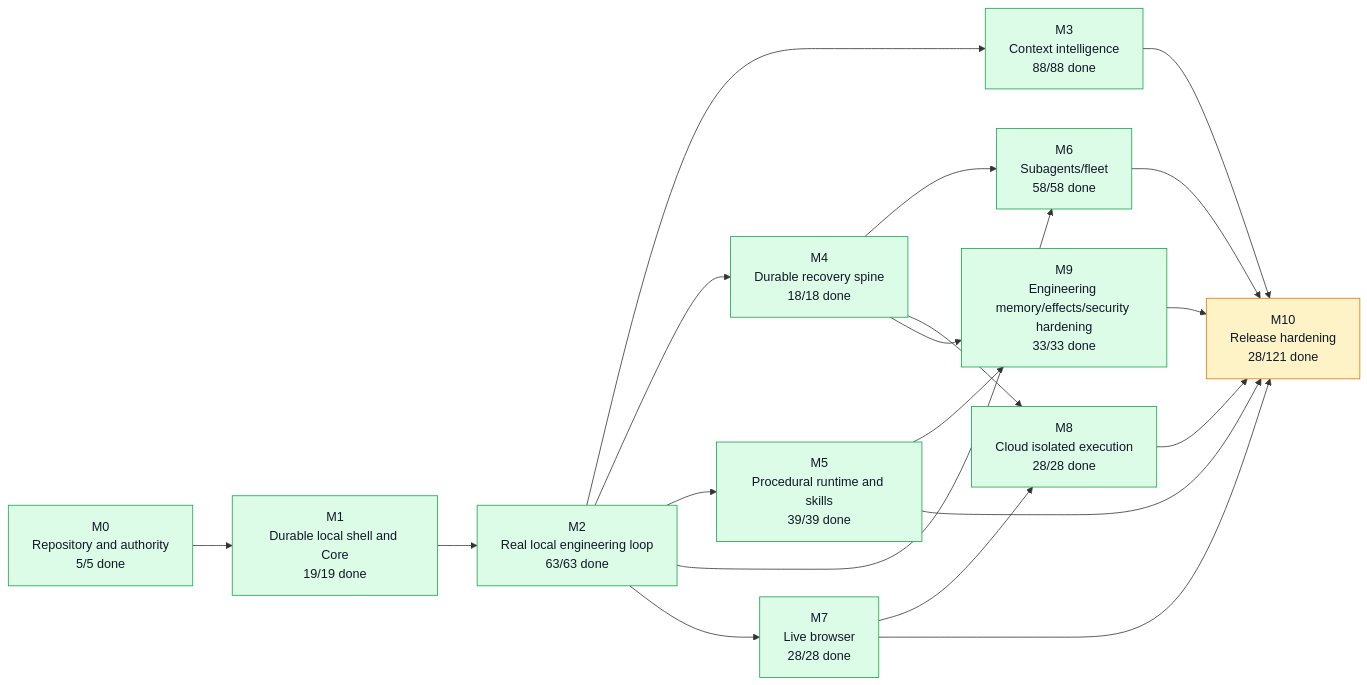
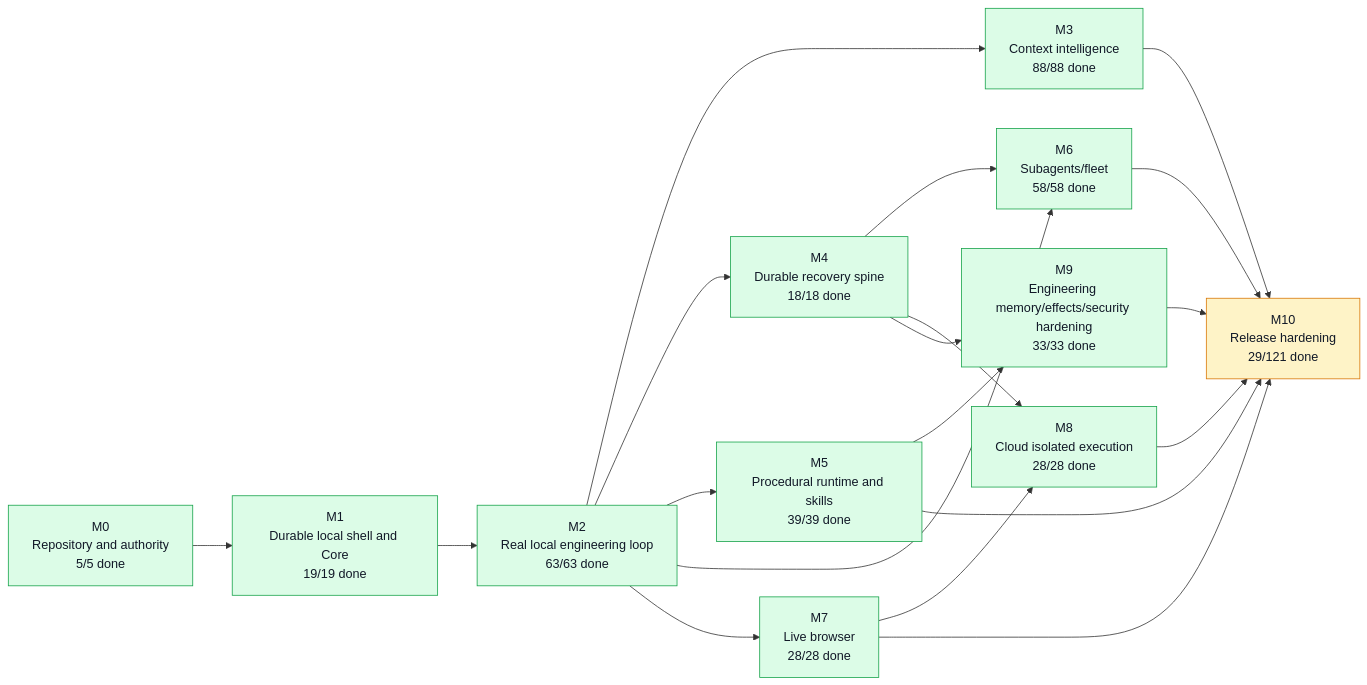
Before and after one commit to moss101/modbit: the first of 5 diagrams in graph/PROJECT_GRAPH.md, drawn with Mermaid. The commit also changed other lines of this file and 7 other files, not shown here.

Commit message:
chore(graph): close PX-083 (triggers, idempotency, missed runs, budgets; mutation retained) (#131)

````diff
--- a/graph/PROJECT_GRAPH.md
+++ b/graph/PROJECT_GRAPH.md
@@ -57,43 +57,43 @@
 ```mermaid
 flowchart LR
   M0["M0<br/>Repository and authority<br/>5/5 done"]
   M1["M1<br/>Durable local shell and Core<br/>19/19 done"]
   M2["M2<br/>Real local engineering loop<br/>63/63 done"]
   M3["M3<br/>Context intelligence<br/>88/88 done"]
   M4["M4<br/>Durable recovery spine<br/>18/18 done"]
   M5["M5<br/>Procedural runtime and skills<br/>39/39 done"]
   M6["M6<br/>Subagents/fleet<br/>58/58 done"]
   M7["M7<br/>Live browser<br/>28/28 done"]
   M8["M8<br/>Cloud isolated execution<br/>28/28 done"]
   M9["M9<br/>Engineering memory/effects/security hardening<br/>33/33 done"]
-  M10["M10<br/>Release hardening<br/>28/121 done"]
+  M10["M10<br/>Release hardening<br/>29/121 done"]
   M0 --> M1
   M1 --> M2
   M2 --> M3
   M2 --> M4
   M2 --> M5
   M2 --> M6
   M4 --> M6
   M2 --> M7
   M4 --> M8
   M7 --> M8
   M4 --> M9
   M5 --> M9
   M3 --> M10
   M5 --> M10
   M6 --> M10
   M7 --> M10
   M8 --> M10
   M9 --> M10
   style M0 fill:#dcfce7,stroke:#16a34a,color:#111827
   style M1 fill:#dcfce7,stroke:#16a34a,color:#111827
   style M2 fill:#dcfce7,stroke:#16a34a,color:#111827
   style M3 fill:#dcfce7,stroke:#16a34a,color:#111827
   style M4 fill:#dcfce7,stroke:#16a34a,color:#111827
   style M5 fill:#dcfce7,stroke:#16a34a,color:#111827
   style M6 fill:#dcfce7,stroke:#16a34a,color:#111827
   style M7 fill:#dcfce7,stroke:#16a34a,color:#111827
   style M8 fill:#dcfce7,stroke:#16a34a,color:#111827
   style M9 fill:#dcfce7,stroke:#16a34a,color:#111827
   style M10 fill:#fef3c7,stroke:#d97706,color:#111827
 ```
````
